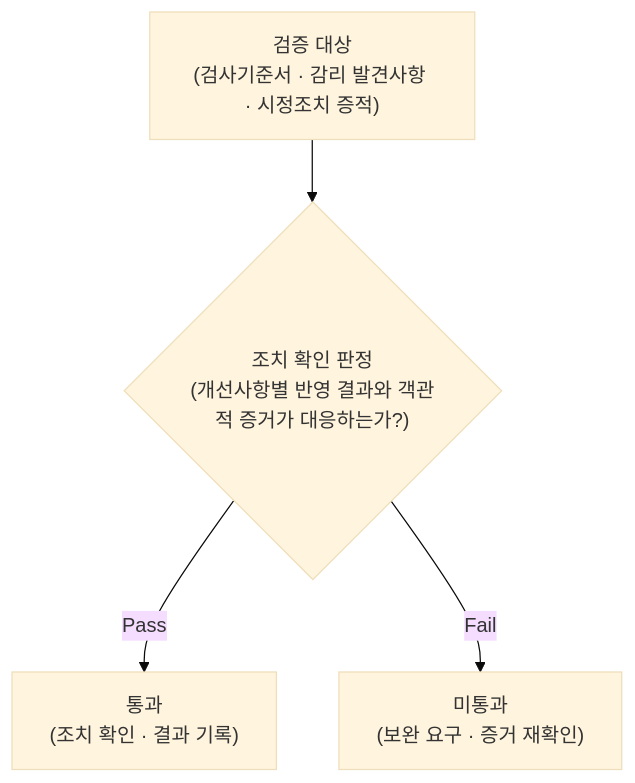
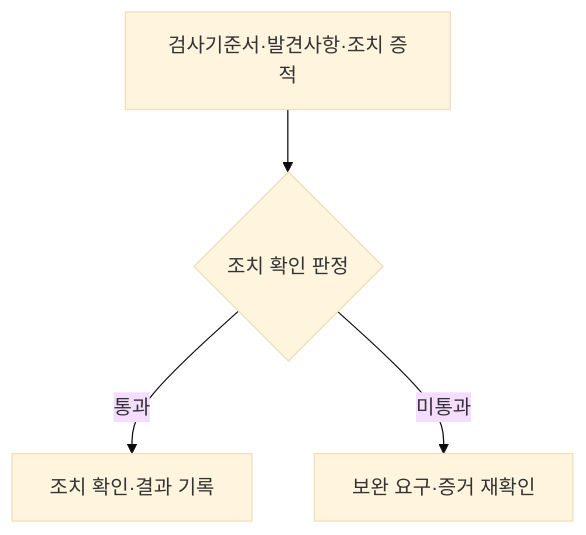
One commit to agnusdei1207/study changed the fourth of 6 diagrams in src/content/docs/notes/itpe/01-it-strategy/008_it_audit.md. Above: the diagram before and after it, drawn with Mermaid (base theme). The commit also changed other lines of this file and 19 other files, not shown here.

````diff
--- a/src/content/docs/notes/itpe/01-it-strategy/008_it_audit.md
+++ b/src/content/docs/notes/itpe/01-it-strategy/008_it_audit.md
@@ -122,6 +125,6 @@
 ```mermaid
 flowchart TD
-    A["검증 대상<br/>(검사기준서 · 감리 발견사항 · 시정조치 증적)"] --> B{"조치 확인 판정<br/>(개선사항별 반영 결과와 객관적 증거가 대응하는가?)"}
-    B -->|Pass| C["통과<br/>(조치 확인 · 결과 기록)"]
-    B -->|Fail| D["미통과<br/>(보완 요구 · 증거 재확인)"]
+    A["검사기준서·발견사항·조치 증적"] --> B{"조치 확인 판정"}
+    B -->|통과| C["조치 확인·결과 기록"]
+    B -->|미통과| D["보완 요구·증거 재확인"]
 ```
````
